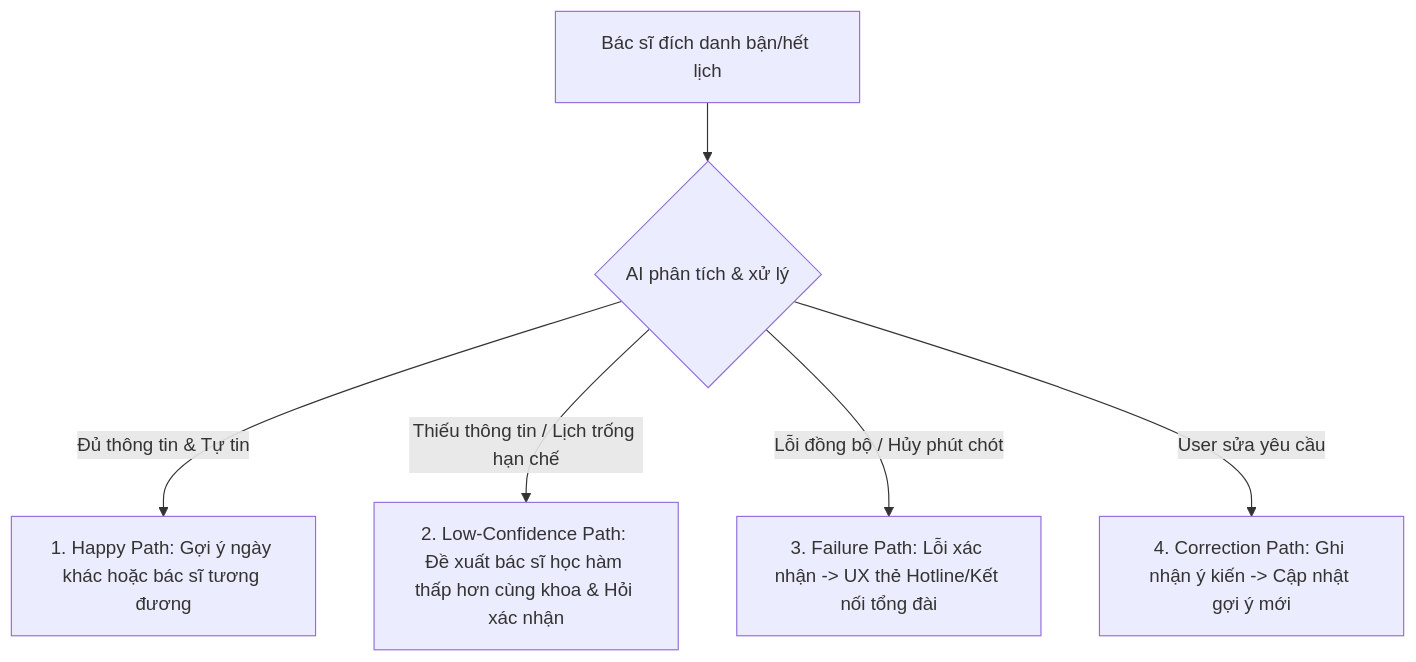
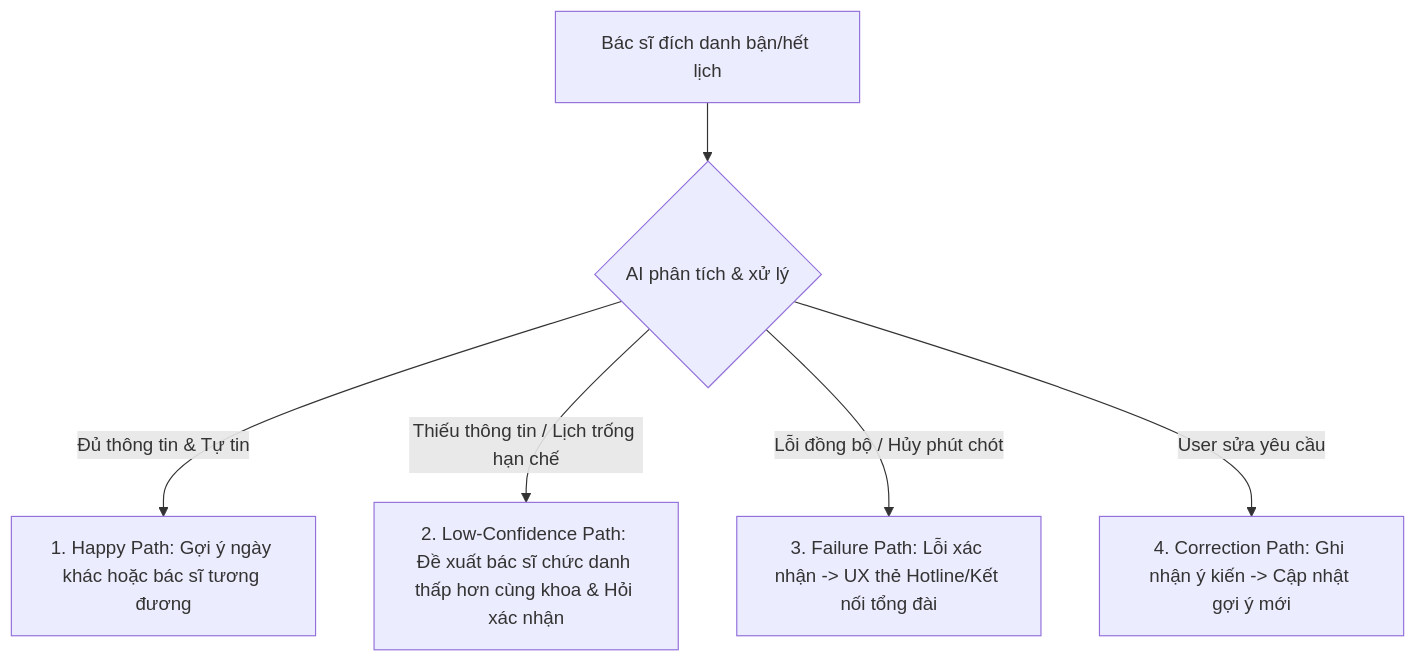
The diagram in spec/spec.md (hoangtmhd/Day06-E403-Nhom02), drawn with Mermaid before and after one commit. The commit also changed other lines of this file and 1 other file, not shown here.

Commit message:
docs: rename học hàm to chức danh in spec and README

````diff
--- a/spec/spec.md
+++ b/spec/spec.md
@@ -58,8 +58,8 @@
 ```mermaid
 graph TD
     A[Bác sĩ đích danh bận/hết lịch] --> B{AI phân tích & xử lý}
     B -->|Đủ thông tin & Tự tin| C[1. Happy Path: Gợi ý ngày khác hoặc bác sĩ tương đương]
-    B -->|Thiếu thông tin / Lịch trống hạn chế| D[2. Low-Confidence Path: Đề xuất bác sĩ học hàm thấp hơn cùng khoa & Hỏi xác nhận]
+    B -->|Thiếu thông tin / Lịch trống hạn chế| D[2. Low-Confidence Path: Đề xuất bác sĩ chức danh thấp hơn cùng khoa & Hỏi xác nhận]
     B -->|Lỗi đồng bộ / Hủy phút chót| E[3. Failure Path: Lỗi xác nhận -> UX thẻ Hotline/Kết nối tổng đài]
     B -->|User sửa yêu cầu| F[4. Correction Path: Ghi nhận ý kiến -> Cập nhật gợi ý mới]
 ```
````
